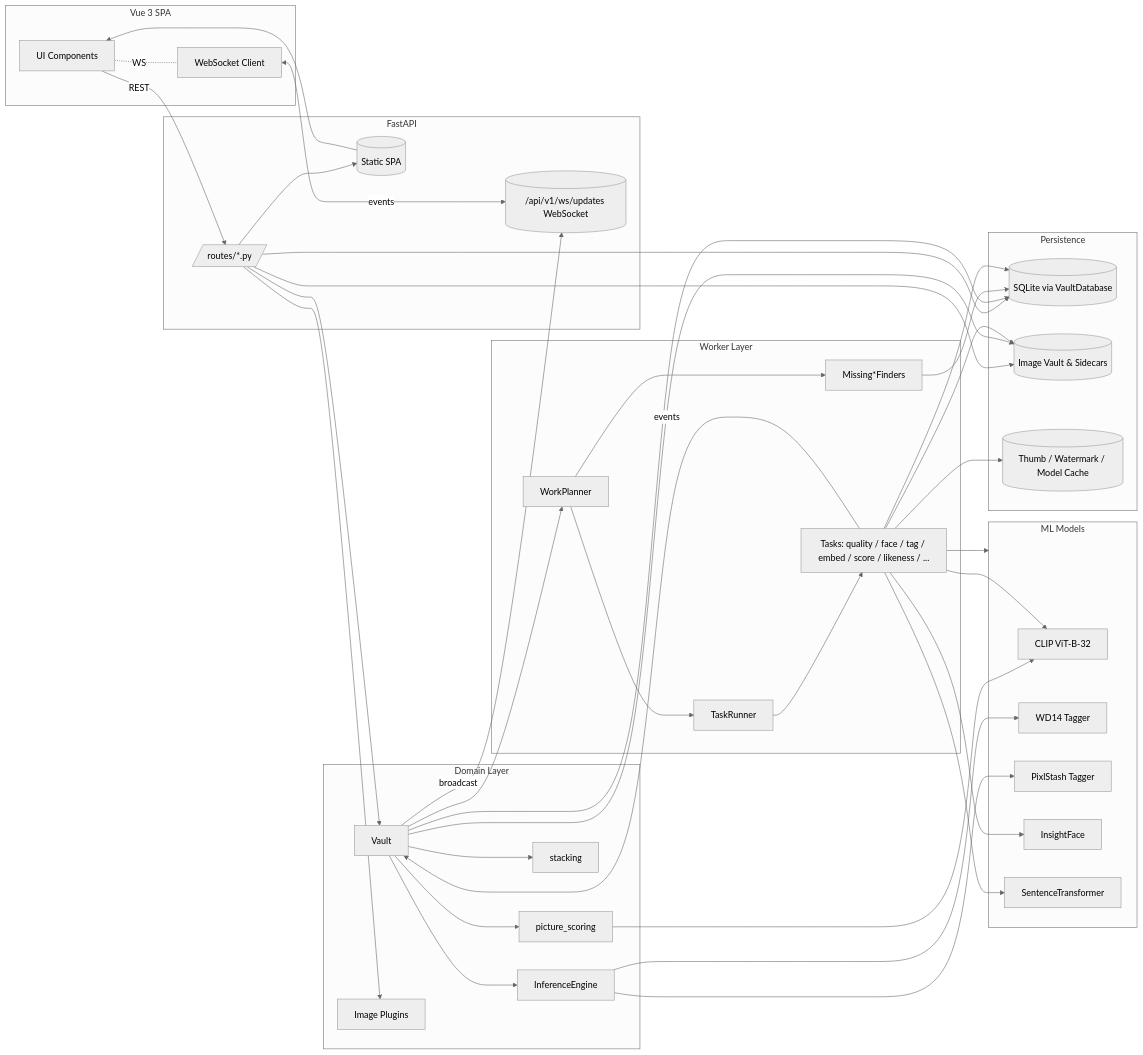
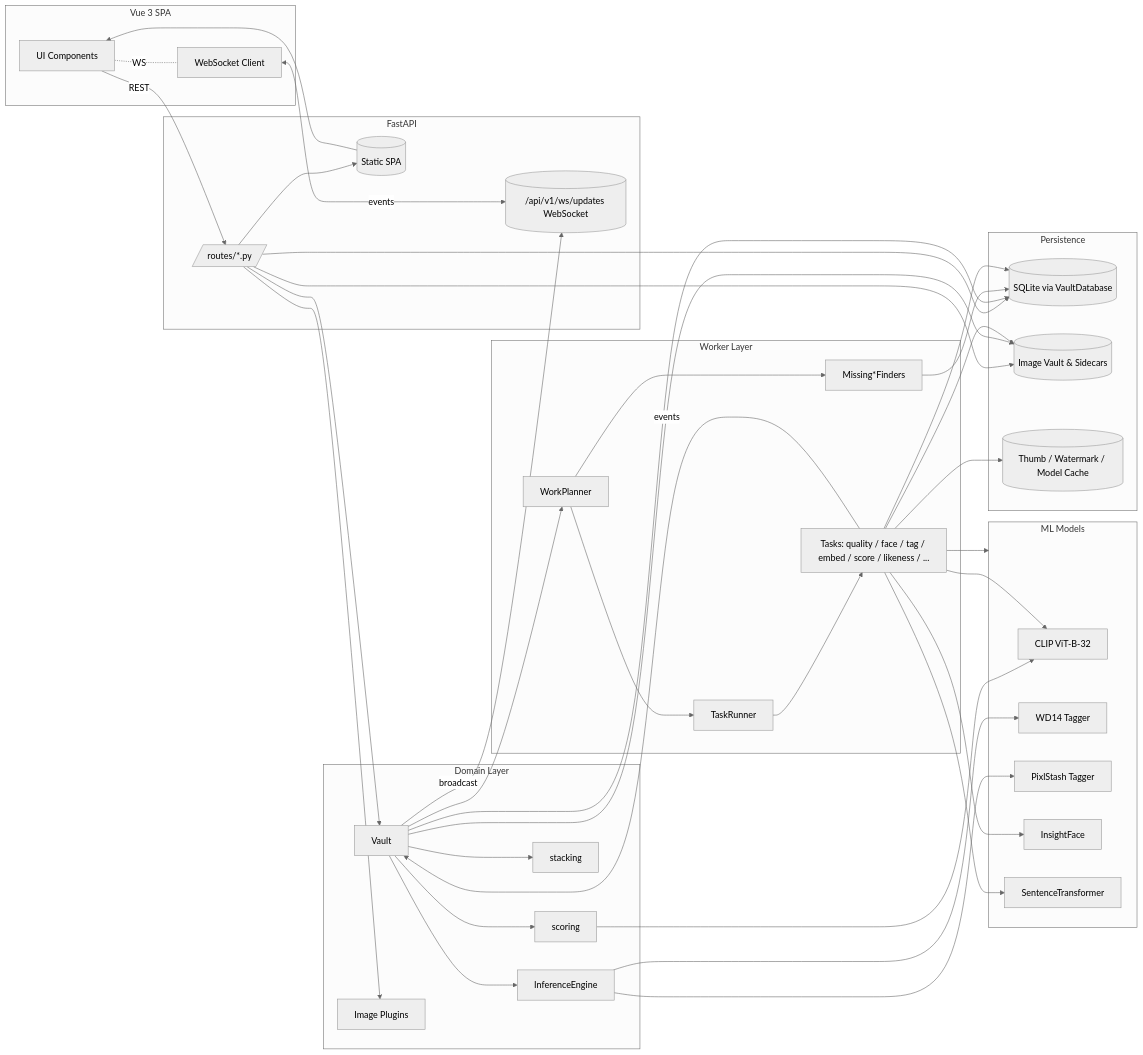
Before and after one commit to Pikselkroken/pixlstash: the first of 3 diagrams in docs/backend_architecture.md, drawn with Mermaid (neutral theme). The commit also changed other lines of this file and 72 other files, not shown here.

````diff
--- a/docs/backend_architecture.md
+++ b/docs/backend_architecture.md
@@ -1940,77 +1938,77 @@
 ```mermaid
 flowchart LR
     subgraph Client["Vue 3 SPA"]
         UI[UI Components]
         WSClient[WebSocket Client]
     end
 
     subgraph API["FastAPI"]
         Routes[/"routes/*.py"/]
         WS[("/api/v1/ws/updates WebSocket")]
         Static[(Static SPA)]
     end
 
     subgraph Domain["Domain Layer"]
         Vault[Vault]
         Engine[InferenceEngine]
-        Scoring[picture_scoring]
+        Scoring[scoring]
         Stacking[stacking]
         Plugins[Image Plugins]
     end
 
     subgraph Workers["Worker Layer"]
         Planner[WorkPlanner]
         Runner[TaskRunner]
         Finders[Missing*Finders]
         Tasks[Tasks: quality / face / tag / embed / score / likeness / ...]
     end
 
     subgraph Persistence["Persistence"]
         DB[(SQLite via VaultDatabase)]
         FS[(Image Vault & Sidecars)]
         Cache[(Thumb / Watermark / Model Cache)]
     end
 
     subgraph ML["ML Models"]
         CLIP[CLIP ViT-B-32]
         WD14[WD14 Tagger]
         PixlStash[PixlStash Tagger]
         Insight[InsightFace]
         ST[SentenceTransformer]
     end
 
     UI -->|REST| Routes
     UI -. WS .- WSClient
     WSClient <-->|events| WS
     Routes --> Vault
     Routes --> Plugins
     Routes --> DB
     Routes --> FS
 
     Vault --> DB
     Vault --> FS
     Vault --> Engine
     Vault --> Scoring
     Vault --> Stacking
     Vault --> Planner
 
     Planner --> Finders
     Finders --> DB
     Planner --> Runner
     Runner --> Tasks
     Tasks --> DB
     Tasks --> FS
     Tasks --> Cache
     Tasks --> ML
     Engine --> WD14
     Engine --> PixlStash
     Scoring --> CLIP
     Tasks --> CLIP
     Tasks --> Insight
     Tasks --> ST
 
     Tasks -- events --> Vault
     Vault -- broadcast --> WS
     Routes --> Static
     Static --> UI
 ```
````
